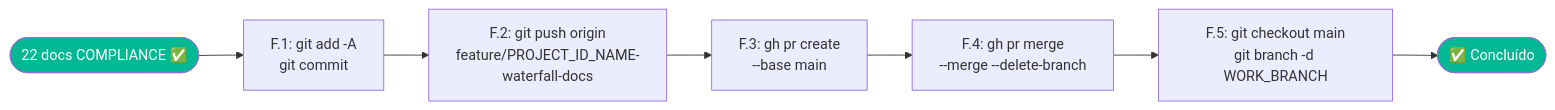
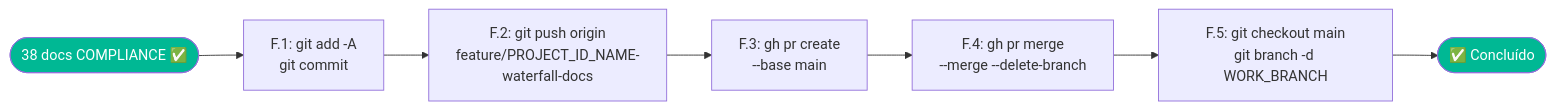
One commit to bolismar69/workspace-fbso changed diagram 11 of 11 in .specs/prompts/project-documents-waterfall/FLOWCHART-PROMPT-ROADMAP-GENERATE-PROJECT-DOCUMENTS-WATERFALL.md. Above: the diagram before and after it, drawn with Mermaid. The commit also changed other lines of this file, not shown here.

First line of the commit message:
docs: flowchart do roadmap WATERFALL v3.0 — 6 fases, 38 documentos

````diff
--- a/.specs/prompts/project-documents-waterfall/FLOWCHART-PROMPT-ROADMAP-GENERATE-PROJECT-DOCUMENTS-WATERFALL.md
+++ b/.specs/prompts/project-documents-waterfall/FLOWCHART-PROMPT-ROADMAP-GENERATE-PROJECT-DOCUMENTS-WATERFALL.md
@@ -684,17 +877,17 @@
 ```mermaid
 flowchart LR
-    ALL_COMPLIANCE(["22 docs COMPLIANCE ✅"]) --> F1["F.1: git add -A<br/>git commit"]
+    ALL_COMPLIANCE(["38 docs COMPLIANCE ✅"]) --> F1["F.1: git add -A<br/>git commit"]
 
     F1 --> F2["F.2: git push origin<br/>feature/PROJECT_ID_NAME-waterfall-docs"]
 
     F2 --> F3["F.3: gh pr create<br/>--base main"]
 
     F3 --> F4["F.4: gh pr merge<br/>--merge --delete-branch"]
 
     F4 --> F5["F.5: git checkout main<br/>git branch -d WORK_BRANCH"]
 
     F5 --> DONE(["✅ Concluído"])
 
     style ALL_COMPLIANCE fill:#00b894,color:#fff
     style DONE fill:#00b894,color:#fff
 ```
````
